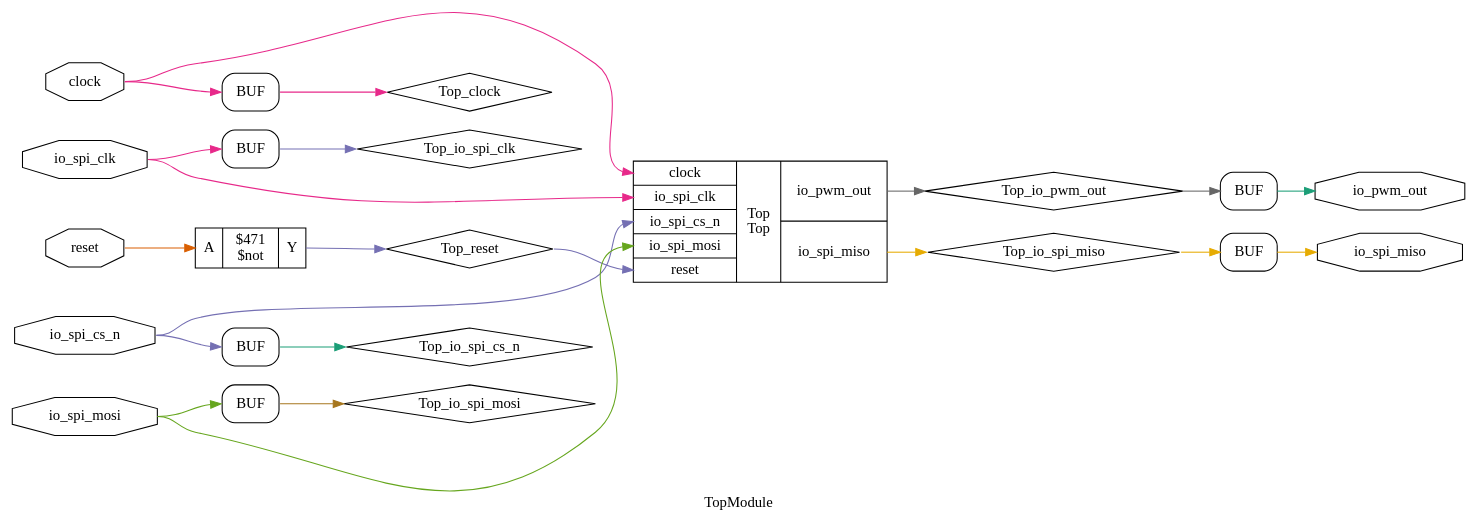
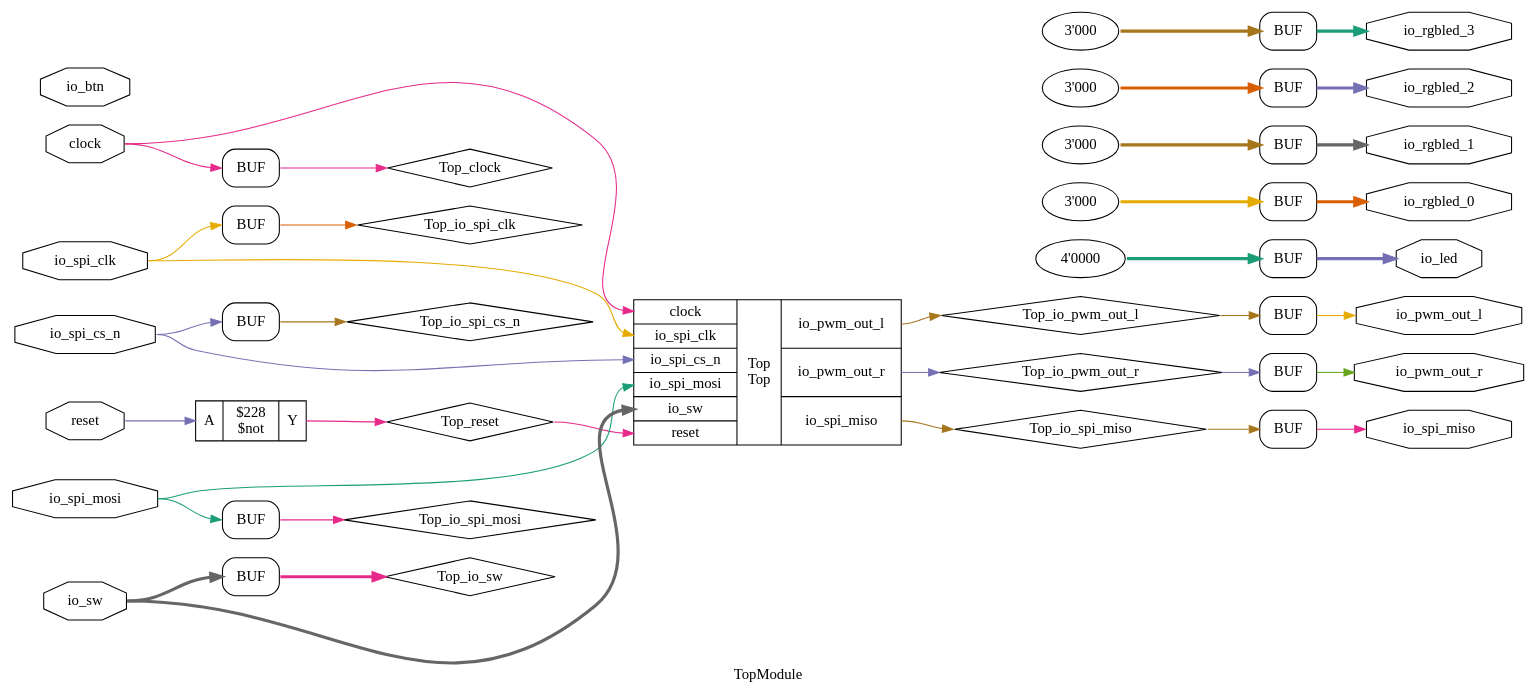
The diagram in graphs/yosys/TopModule_opt.dot (TDT4295-2019-groupA/FPGA), drawn with Graphviz before and after one commit. The commit also changed 76 other files, not shown here.

Commit message:
make graphs

```diff
--- a/graphs/yosys/TopModule_opt.dot
+++ b/graphs/yosys/TopModule_opt.dot
@@ -1,50 +1,88 @@
 digraph "TopModule" {
 label="TopModule";
 rankdir="LR";
 remincross=true;
 n1 [ shape=diamond, label="Top_clock", color="black", fontcolor="black" ];
-n2 [ shape=diamond, label="Top_io_pwm_out", color="black", fontcolor="black" ];
-n3 [ shape=diamond, label="Top_io_spi_clk", color="black", fontcolor="black" ];
-n4 [ shape=diamond, label="Top_io_spi_cs_n", color="black", fontcolor="black" ];
-n5 [ shape=diamond, label="Top_io_spi_miso", color="black", fontcolor="black" ];
-n6 [ shape=diamond, label="Top_io_spi_mosi", color="black", fontcolor="black" ];
-n7 [ shape=diamond, label="Top_reset", color="black", fontcolor="black" ];
-n8 [ shape=octagon, label="clock", color="black", fontcolor="black" ];
-n9 [ shape=octagon, label="io_pwm_out", color="black", fontcolor="black" ];
-n10 [ shape=octagon, label="io_spi_clk", color="black", fontcolor="black" ];
-n11 [ shape=octagon, label="io_spi_cs_n", color="black", fontcolor="black" ];
-n12 [ shape=octagon, label="io_spi_miso", color="black", fontcolor="black" ];
-n13 [ shape=octagon, label="io_spi_mosi", color="black", fontcolor="black" ];
-n14 [ shape=octagon, label="reset", color="black", fontcolor="black" ];
-{ rank="source"; n10; n11; n13; n14; n8;}
-{ rank="sink"; n12; n9;}
-c17 [ shape=record, label="{{<p15> A}|$471\n$not|{<p16> Y}}" ];
-c18 [ shape=record, label="{{<p8> clock|<p10> io_spi_clk|<p11> io_spi_cs_n|<p13> io_spi_mosi|<p14> reset}|Top\nTop|{<p9> io_pwm_out|<p12> io_spi_miso}}" ];
+n2 [ shape=diamond, label="Top_io_pwm_out_l", color="black", fontcolor="black" ];
+n3 [ shape=diamond, label="Top_io_pwm_out_r", color="black", fontcolor="black" ];
+n4 [ shape=diamond, label="Top_io_spi_clk", color="black", fontcolor="black" ];
+n5 [ shape=diamond, label="Top_io_spi_cs_n", color="black", fontcolor="black" ];
+n6 [ shape=diamond, label="Top_io_spi_miso", color="black", fontcolor="black" ];
+n7 [ shape=diamond, label="Top_io_spi_mosi", color="black", fontcolor="black" ];
+n8 [ shape=diamond, label="Top_io_sw", color="black", fontcolor="black" ];
+n9 [ shape=diamond, label="Top_reset", color="black", fontcolor="black" ];
+n10 [ shape=octagon, label="clock", color="black", fontcolor="black" ];
+n11 [ shape=octagon, label="io_btn", color="black", fontcolor="black" ];
+n12 [ shape=octagon, label="io_led", color="black", fontcolor="black" ];
+n13 [ shape=octagon, label="io_pwm_out_l", color="black", fontcolor="black" ];
+n14 [ shape=octagon, label="io_pwm_out_r", color="black", fontcolor="black" ];
+n15 [ shape=octagon, label="io_rgbled_0", color="black", fontcolor="black" ];
+n16 [ shape=octagon, label="io_rgbled_1", color="black", fontcolor="black" ];
+n17 [ shape=octagon, label="io_rgbled_2", color="black", fontcolor="black" ];
+n18 [ shape=octagon, label="io_rgbled_3", color="black", fontcolor="black" ];
+n19 [ shape=octagon, label="io_spi_clk", color="black", fontcolor="black" ];
+n20 [ shape=octagon, label="io_spi_cs_n", color="black", fontcolor="black" ];
+n21 [ shape=octagon, label="io_spi_miso", color="black", fontcolor="black" ];
+n22 [ shape=octagon, label="io_spi_mosi", color="black", fontcolor="black" ];
+n23 [ shape=octagon, label="io_sw", color="black", fontcolor="black" ];
+n24 [ shape=octagon, label="reset", color="black", fontcolor="black" ];
+{ rank="source"; n10; n11; n19; n20; n22; n23; n24;}
+{ rank="sink"; n12; n13; n14; n15; n16; n17; n18; n21;}
+c27 [ shape=record, label="{{<p25> A}|$228\n$not|{<p26> Y}}" ];
+c28 [ shape=record, label="{{<p10> clock|<p19> io_spi_clk|<p20> io_spi_cs_n|<p22> io_spi_mosi|<p23> io_sw|<p24> reset}|Top\nTop|{<p13> io_pwm_out_l|<p14> io_pwm_out_r|<p21> io_spi_miso}}" ];
 x0 [shape=box, style=rounded, label="BUF"];
 x1 [shape=box, style=rounded, label="BUF"];
 x2 [shape=box, style=rounded, label="BUF"];
 x3 [shape=box, style=rounded, label="BUF"];
 x4 [shape=box, style=rounded, label="BUF"];
-x5 [shape=box, style=rounded, label="BUF"];
+v5 [ label="4'0000" ];
+x6 [shape=box, style=rounded, label="BUF"];
+x7 [shape=box, style=rounded, label="BUF"];
+x8 [shape=box, style=rounded, label="BUF"];
+v9 [ label="3'000" ];
+x10 [shape=box, style=rounded, label="BUF"];
+v11 [ label="3'000" ];
+x12 [shape=box, style=rounded, label="BUF"];
+v13 [ label="3'000" ];
+x14 [shape=box, style=rounded, label="BUF"];
+v15 [ label="3'000" ];
+x16 [shape=box, style=rounded, label="BUF"];
+x17 [shape=box, style=rounded, label="BUF"];
 x0:e:e -> n1:w [colorscheme="dark28", color="4", fontcolor="4", label=""];
-n10:e -> c18:p10:w [colorscheme="dark28", color="4", fontcolor="4", label=""];
-n10:e -> x1:w:w [colorscheme="dark28", color="4", fontcolor="4", label=""];
-n11:e -> c18:p11:w [colorscheme="dark28", color="3", fontcolor="3", label=""];
-n11:e -> x2:w:w [colorscheme="dark28", color="3", fontcolor="3", label=""];
-x5:e:e -> n12:w [colorscheme="dark28", color="6", fontcolor="6", label=""];
-n13:e -> c18:p13:w [colorscheme="dark28", color="5", fontcolor="5", label=""];
-n13:e -> x3:w:w [colorscheme="dark28", color="5", fontcolor="5", label=""];
-n14:e -> c17:p15:w [colorscheme="dark28", color="2", fontcolor="2", label=""];
-c18:p9:e -> n2:w [colorscheme="dark28", color="8", fontcolor="8", label=""];
-n2:e -> x4:w:w [colorscheme="dark28", color="8", fontcolor="8", label=""];
-x1:e:e -> n3:w [colorscheme="dark28", color="3", fontcolor="3", label=""];
-x2:e:e -> n4:w [colorscheme="dark28", color="1", fontcolor="1", label=""];
-c18:p12:e -> n5:w [colorscheme="dark28", color="6", fontcolor="6", label=""];
-n5:e -> x5:w:w [colorscheme="dark28", color="6", fontcolor="6", label=""];
-x3:e:e -> n6:w [colorscheme="dark28", color="7", fontcolor="7", label=""];
-c17:p16:e -> n7:w [colorscheme="dark28", color="3", fontcolor="3", label=""];
-n7:e -> c18:p14:w [colorscheme="dark28", color="3", fontcolor="3", label=""];
-n8:e -> c18:p8:w [colorscheme="dark28", color="4", fontcolor="4", label=""];
-n8:e -> x0:w:w [colorscheme="dark28", color="4", fontcolor="4", label=""];
-x4:e:e -> n9:w [colorscheme="dark28", color="1", fontcolor="1", label=""];
+n10:e -> c28:p10:w [colorscheme="dark28", color="4", fontcolor="4", label=""];
+n10:e -> x0:w:w [colorscheme="dark28", color="4", fontcolor="4", label=""];
+x6:e:e -> n12:w [colorscheme="dark28", color="3", fontcolor="3", style="setlinewidth(3)", label=""];
+x7:e:e -> n13:w [colorscheme="dark28", color="6", fontcolor="6", label=""];
+x8:e:e -> n14:w [colorscheme="dark28", color="5", fontcolor="5", label=""];
+x10:e:e -> n15:w [colorscheme="dark28", color="2", fontcolor="2", style="setlinewidth(3)", label=""];
+x12:e:e -> n16:w [colorscheme="dark28", color="8", fontcolor="8", style="setlinewidth(3)", label=""];
+x14:e:e -> n17:w [colorscheme="dark28", color="3", fontcolor="3", style="setlinewidth(3)", label=""];
+x16:e:e -> n18:w [colorscheme="dark28", color="1", fontcolor="1", style="setlinewidth(3)", label=""];
+n19:e -> c28:p19:w [colorscheme="dark28", color="6", fontcolor="6", label=""];
+n19:e -> x1:w:w [colorscheme="dark28", color="6", fontcolor="6", label=""];
+c28:p13:e -> n2:w [colorscheme="dark28", color="7", fontcolor="7", label=""];
+n2:e -> x7:w:w [colorscheme="dark28", color="7", fontcolor="7", label=""];
+n20:e -> c28:p20:w [colorscheme="dark28", color="3", fontcolor="3", label=""];
+n20:e -> x2:w:w [colorscheme="dark28", color="3", fontcolor="3", label=""];
+x17:e:e -> n21:w [colorscheme="dark28", color="4", fontcolor="4", label=""];
+n22:e -> c28:p22:w [colorscheme="dark28", color="1", fontcolor="1", label=""];
+n22:e -> x3:w:w [colorscheme="dark28", color="1", fontcolor="1", label=""];
+n23:e -> c28:p23:w [colorscheme="dark28", color="8", fontcolor="8", style="setlinewidth(3)", label=""];
+n23:e -> x4:w:w [colorscheme="dark28", color="8", fontcolor="8", style="setlinewidth(3)", label=""];
+n24:e -> c27:p25:w [colorscheme="dark28", color="3", fontcolor="3", label=""];
+c28:p14:e -> n3:w [colorscheme="dark28", color="3", fontcolor="3", label=""];
+n3:e -> x8:w:w [colorscheme="dark28", color="3", fontcolor="3", label=""];
+x1:e:e -> n4:w [colorscheme="dark28", color="2", fontcolor="2", label=""];
+x2:e:e -> n5:w [colorscheme="dark28", color="7", fontcolor="7", label=""];
+c28:p21:e -> n6:w [colorscheme="dark28", color="7", fontcolor="7", label=""];
+n6:e -> x17:w:w [colorscheme="dark28", color="7", fontcolor="7", label=""];
+x3:e:e -> n7:w [colorscheme="dark28", color="4", fontcolor="4", label=""];
+x4:e:e -> n8:w [colorscheme="dark28", color="4", fontcolor="4", style="setlinewidth(3)", label=""];
+c27:p26:e -> n9:w [colorscheme="dark28", color="4", fontcolor="4", label=""];
+n9:e -> c28:p24:w [colorscheme="dark28", color="4", fontcolor="4", label=""];
+v11:e -> x12:w:w [colorscheme="dark28", color="7", fontcolor="7", style="setlinewidth(3)", label=""];
+v13:e -> x14:w:w [colorscheme="dark28", color="2", fontcolor="2", style="setlinewidth(3)", label=""];
+v15:e -> x16:w:w [colorscheme="dark28", color="7", fontcolor="7", style="setlinewidth(3)", label=""];
+v5:e -> x6:w:w [colorscheme="dark28", color="1", fontcolor="1", style="setlinewidth(3)", label=""];
+v9:e -> x10:w:w [colorscheme="dark28", color="6", fontcolor="6", style="setlinewidth(3)", label=""];
 }
```
